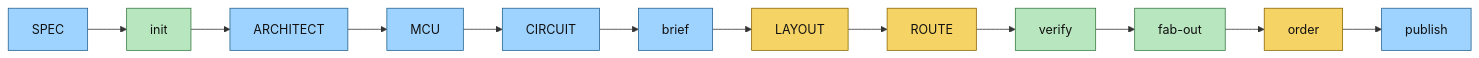
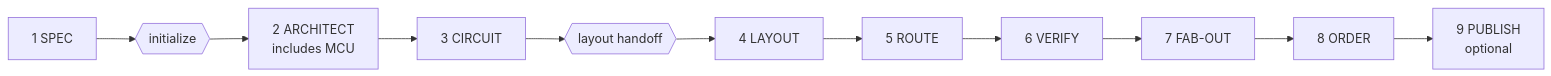
The diagram in WORKFLOW.md (kylestew/pcbforge), drawn with Mermaid before and after one commit. The commit also changed other lines of this file and 27 other files, not shown here.

````diff
--- a/WORKFLOW.md
+++ b/WORKFLOW.md
@@ -9,22 +8,13 @@
 ```mermaid
 flowchart LR
-    SPEC[SPEC] --> INIT[init]
-    INIT --> ARCH[ARCHITECT]
-    ARCH --> MCU[MCU]
-    MCU --> CIRCUIT[CIRCUIT]
-    CIRCUIT --> BRIEF[brief]
-    BRIEF --> LAYOUT[LAYOUT]
-    LAYOUT --> ROUTE[ROUTE]
-    ROUTE --> VERIFY[verify]
-    VERIFY --> FAB[fab-out]
-    FAB --> ORDER[order]
-    ORDER --> PUBLISH[publish]
-
-    classDef user fill:#f6d365,stroke:#8a6500,color:#111;
-    classDef agent fill:#9fd3ff,stroke:#23618f,color:#111;
-    classDef tool fill:#b8e6bf,stroke:#357a40,color:#111;
-
-    class SPEC,ARCH,MCU,CIRCUIT,BRIEF,PUBLISH agent;
-    class INIT,VERIFY,FAB tool;
-    class LAYOUT,ROUTE,ORDER user;
+    SPEC["1 SPEC"] --> INIT{{"initialize"}}
+    INIT --> ARCH["2 ARCHITECT<br/>includes MCU"]
+    ARCH --> CIRCUIT["3 CIRCUIT"]
+    CIRCUIT --> HANDOFF{{"layout handoff"}}
+    HANDOFF --> LAYOUT["4 LAYOUT"]
+    LAYOUT --> ROUTE["5 ROUTE"]
+    ROUTE --> VERIFY["6 VERIFY"]
+    VERIFY --> FAB["7 FAB-OUT"]
+    FAB --> ORDER["8 ORDER"]
+    ORDER --> PUBLISH["9 PUBLISH<br/>optional"]
 ```
````
